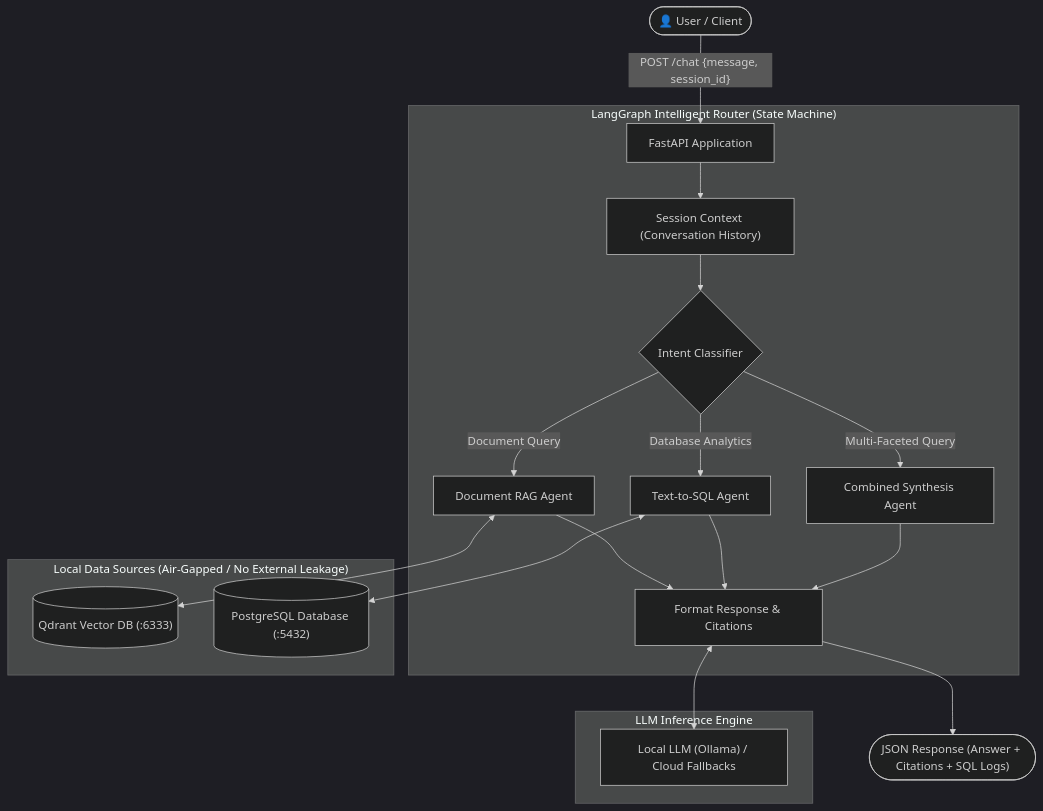
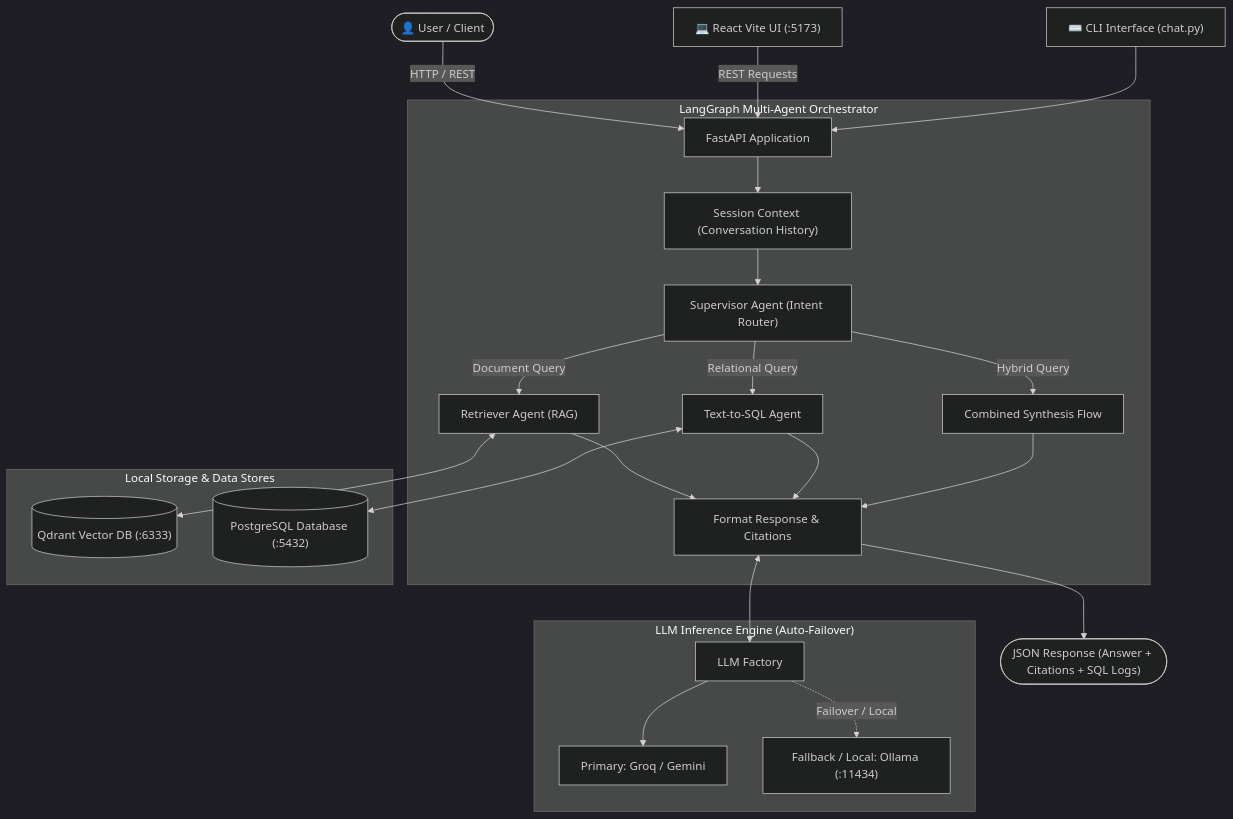
One commit to subhranshus-mindfire/ai-rag-analytics changed the diagram in README.md. Above: the diagram before and after it, drawn with Mermaid (dark theme). The commit also changed other lines of this file, not shown here.

Commit message:
docs: update README with current architecture, Makefile tooling, and frontend guide

````diff
--- a/README.md
+++ b/README.md
@@ -11,27 +11,32 @@
 ```mermaid
 flowchart TD
-    User(["👤 User / Client"]) -->|"POST /chat {message, session_id}"| API["FastAPI Application"]
+    User(["👤 User / Client"]) -->|"HTTP / REST"| API["FastAPI Application"]
+    Frontend["💻 React Vite UI (:5173)"] -->|"REST Requests"| API
+    CLI["⌨️ CLI Interface (chat.py)"] --> API
 
-    subgraph ORCHESTRATION["LangGraph Intelligent Router (State Machine)"]
+    subgraph ORCHESTRATION["LangGraph Multi-Agent Orchestrator"]
         API --> State["Session Context (Conversation History)"]
-        State --> Router{"Intent Classifier"}
-        Router -->|"Document Query"| RAGNode["Document RAG Agent"]
-        Router -->|"Database Analytics"| SQLNode["Text-to-SQL Agent"]
-        Router -->|"Multi-Faceted Query"| CombinedNode["Combined Synthesis Agent"]
+        State --> Supervisor["Supervisor Agent (Intent Router)"]
+        
+        Supervisor -->|"Document Query"| RetrieverAgent["Retriever Agent (RAG)"]
+        Supervisor -->|"Relational Query"| SQLAgent["Text-to-SQL Agent"]
+        Supervisor -->|"Hybrid Query"| CombinedNode["Combined Synthesis Flow"]
 
-        RAGNode --> Synthesize["Format Response & Citations"]
-        SQLNode --> Synthesize
+        RetrieverAgent --> Synthesize["Format Response & Citations"]
+        SQLAgent --> Synthesize
         CombinedNode --> Synthesize
     end
 
-    subgraph LOCAL_DATA["Local Data Sources (Air-Gapped / No External Leakage)"]
-        RAGNode <--> Qdrant[("Qdrant Vector DB (:6333)")]
-        SQLNode <--> Postgres[("PostgreSQL Database (:5432)")]
+    subgraph LOCAL_DATA["Local Storage & Data Stores"]
+        RetrieverAgent <--> Qdrant[("Qdrant Vector DB (:6333)")]
+        SQLAgent <--> Postgres[("PostgreSQL Database (:5432)")]
     end
 
-    subgraph LLM_LAYER["LLM Inference Engine"]
-        Synthesize <--> LLM["Local LLM (Ollama) / Cloud Fallbacks"]
+    subgraph LLM_LAYER["LLM Inference Engine (Auto-Failover)"]
+        Synthesize <--> LLMFactory["LLM Factory"]
+        LLMFactory --> Primary["Primary: Groq / Gemini"]
+        LLMFactory -.->|"Failover / Local"| Fallback["Fallback / Local: Ollama (:11434)"]
     end
 
     Synthesize --> Return(["JSON Response (Answer + Citations + SQL Logs)"])
 ```
````
